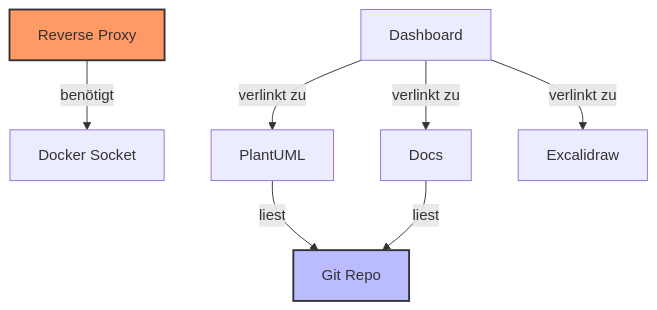
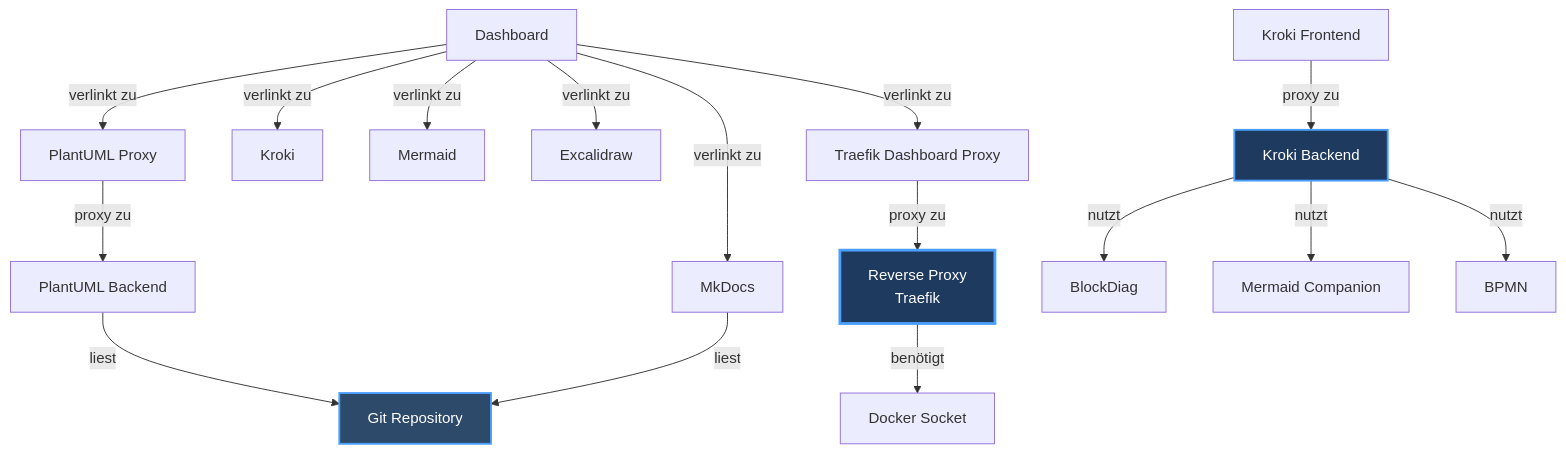
One commit to JoZapf/EKMP-C4-arch-containerized-visualization-environment changed the third of 3 diagrams in repo/docs/architecture/overview.md. Above: the diagram before and after it, drawn with Mermaid. The commit also changed other lines of this file and 34 other files, not shown here.

````diff
--- a/repo/docs/architecture/overview.md
+++ b/repo/docs/architecture/overview.md
@@ -150,12 +189,27 @@
 ```mermaid
 graph TD
-    RP[Reverse Proxy] --> |benötigt| Docker[Docker Socket]
-    Dashboard --> |verlinkt zu| PlantUML
+    RP[Reverse Proxy<br/>Traefik] --> |benötigt| Docker[Docker Socket]
+    
+    Dashboard[Dashboard] --> |verlinkt zu| PlantUMLProxy
+    Dashboard --> |verlinkt zu| Kroki
+    Dashboard --> |verlinkt zu| Mermaid
     Dashboard --> |verlinkt zu| Docs
     Dashboard --> |verlinkt zu| Excalidraw
-    PlantUML --> |liest| Repo[Git Repo]
-    Docs --> |liest| Repo
+    Dashboard --> |verlinkt zu| TraefikDash
+    
+    PlantUMLProxy[PlantUML Proxy] --> |proxy zu| PlantUML[PlantUML Backend]
+    
+    KrokiFE[Kroki Frontend] --> |proxy zu| KrokiBE[Kroki Backend]
+    KrokiBE --> |nutzt| KrokiBlock[BlockDiag]
+    KrokiBE --> |nutzt| KrokiMerm[Mermaid Companion]
+    KrokiBE --> |nutzt| KrokiBPMN[BPMN]
+    
+    PlantUML --> |liest| Repo[Git Repository]
+    Docs[MkDocs] --> |liest| Repo
+    
+    TraefikDash[Traefik Dashboard Proxy] --> |proxy zu| RP
 
-    style RP fill:#f96,stroke:#333,stroke-width:2px
-    style Repo fill:#bbf,stroke:#333,stroke-width:2px
+    style RP fill:#1e3a5f,stroke:#4a9eff,stroke-width:3px,color:#fff
+    style Repo fill:#2d4a6b,stroke:#4a9eff,stroke-width:2px,color:#fff
+    style KrokiBE fill:#1e3a5f,stroke:#4a9eff,stroke-width:2px,color:#fff
 ```
````
